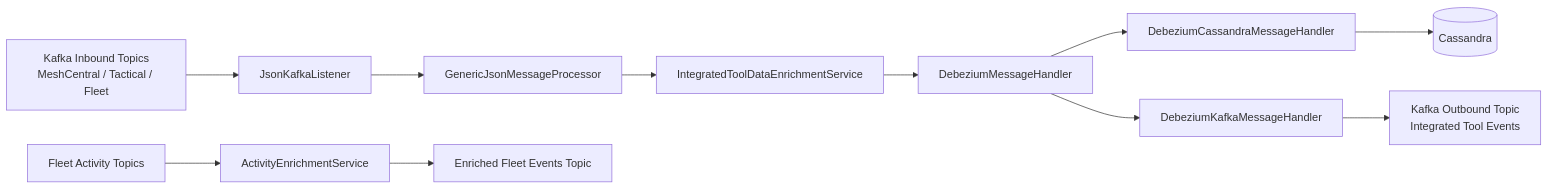
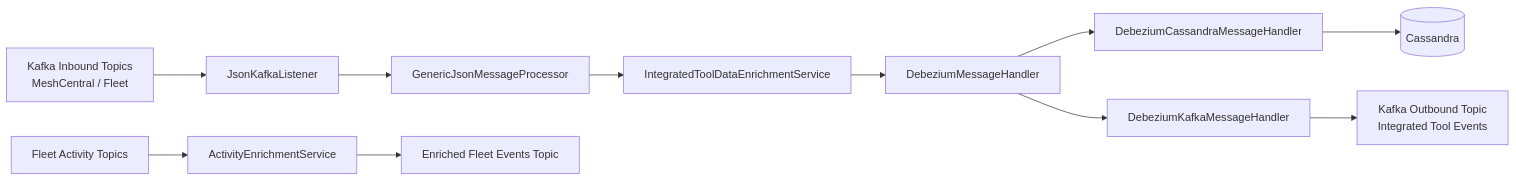
The diagram in docs/architecture/diagrams/stream-service-core-message-handling-and-enrichment.mmd (flamingo-stack/openframe-oss-tenant), drawn with Mermaid before and after one commit. The commit also changed 25 other files, not shown here.

```diff
--- a/docs/architecture/diagrams/stream-service-core-message-handling-and-enrichment.mmd
+++ b/docs/architecture/diagrams/stream-service-core-message-handling-and-enrichment.mmd
@@ -1,14 +1,14 @@
 flowchart LR
-    KafkaInbound["Kafka Inbound Topics<br/>MeshCentral / Tactical / Fleet"] --> JsonListener["JsonKafkaListener"]
+    KafkaInbound["Kafka Inbound Topics<br/>MeshCentral / Fleet"] --> JsonListener["JsonKafkaListener"]
     JsonListener --> JsonProcessor["GenericJsonMessageProcessor"]
     JsonProcessor --> EnrichmentService["IntegratedToolDataEnrichmentService"]
     EnrichmentService --> HandlerRouter["DebeziumMessageHandler"]
 
     HandlerRouter --> CassandraHandler["DebeziumCassandraMessageHandler"]
     HandlerRouter --> KafkaHandler["DebeziumKafkaMessageHandler"]
 
     CassandraHandler --> CassandraDB[("Cassandra")]
     KafkaHandler --> KafkaOutbound["Kafka Outbound Topic<br/>Integrated Tool Events"]
 
     FleetActivities["Fleet Activity Topics"] --> ActivityStream["ActivityEnrichmentService"]
     ActivityStream --> EnrichedFleet["Enriched Fleet Events Topic"]
```
